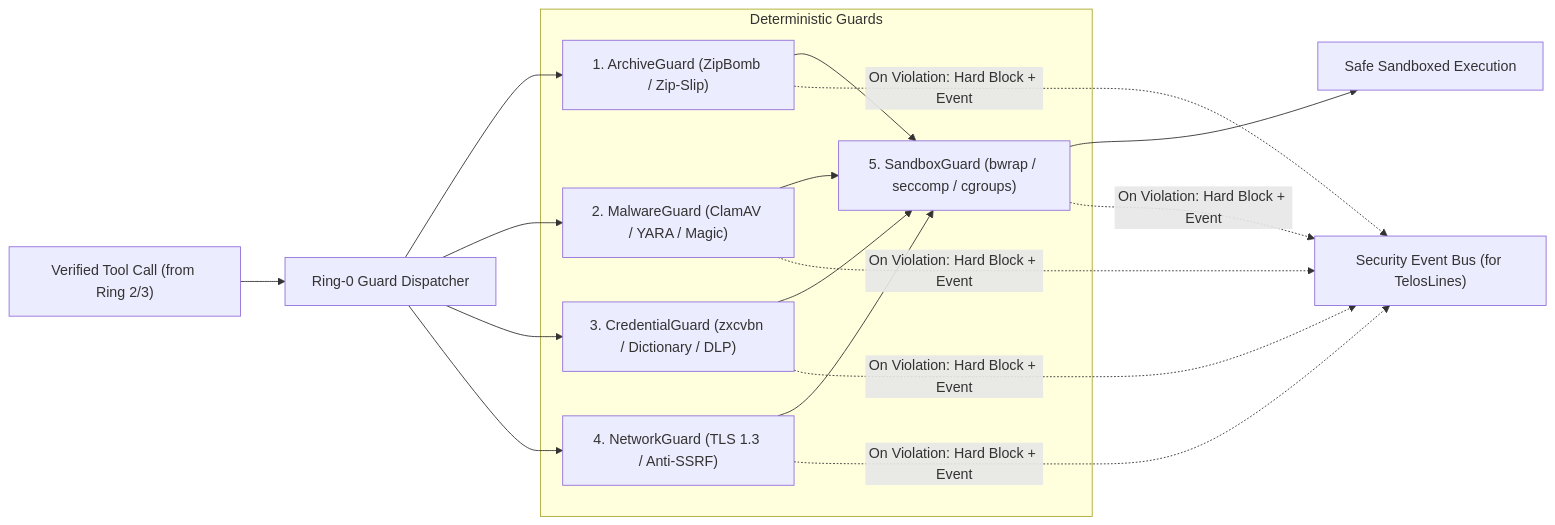
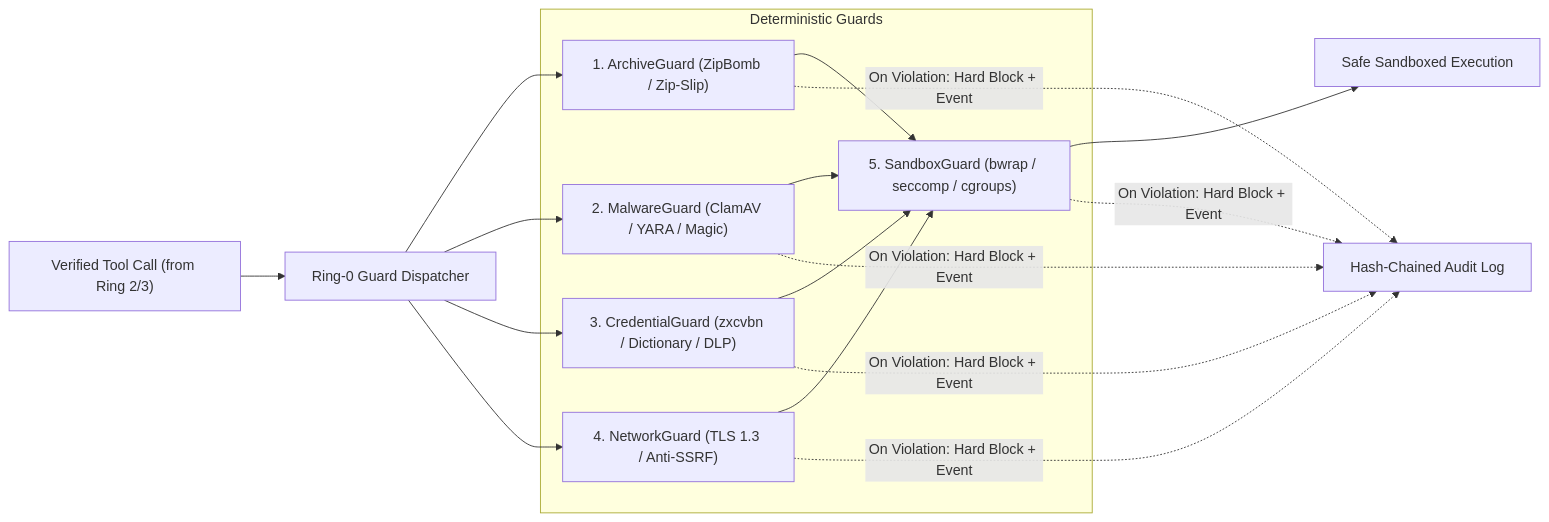
The diagram in docs/03_deterministic_guards_spec.md (SimonHegelich/ActiveSecHarness), drawn with Mermaid before and after one commit. The commit also changed other lines of this file and 9 other files, not shown here.

````diff
--- a/docs/03_deterministic_guards_spec.md
+++ b/docs/03_deterministic_guards_spec.md
@@ -15,20 +15,20 @@
 ```mermaid
 flowchart LR
     ToolCall["Verified Tool Call (from Ring 2/3)"] --> Dispatcher["Ring-0 Guard Dispatcher"]
 
     subgraph Guards [Deterministic Guards]
         G1["1. ArchiveGuard (ZipBomb / Zip-Slip)"]
         G2["2. MalwareGuard (ClamAV / YARA / Magic)"]
         G3["3. CredentialGuard (zxcvbn / Dictionary / DLP)"]
         G4["4. NetworkGuard (TLS 1.3 / Anti-SSRF)"]
         G5["5. SandboxGuard (bwrap / seccomp / cgroups)"]
     end
 
     Dispatcher --> G1
     Dispatcher --> G2
     Dispatcher --> G3
     Dispatcher --> G4
     G1 & G2 & G3 & G4 --> G5
     G5 --> Exec["Safe Sandboxed Execution"]
-    G1 & G2 & G3 & G4 & G5 -.->|"On Violation: Hard Block + Event"| Telemetry["Security Event Bus (for TelosLines)"]
+    G1 & G2 & G3 & G4 & G5 -.->|"On Violation: Hard Block + Event"| Telemetry["Hash-Chained Audit Log"]
 ```
````
